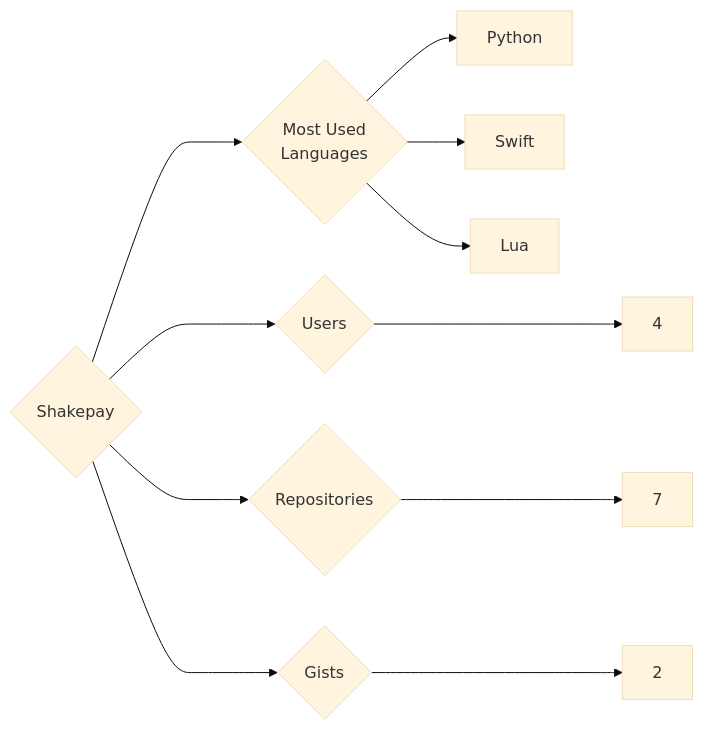
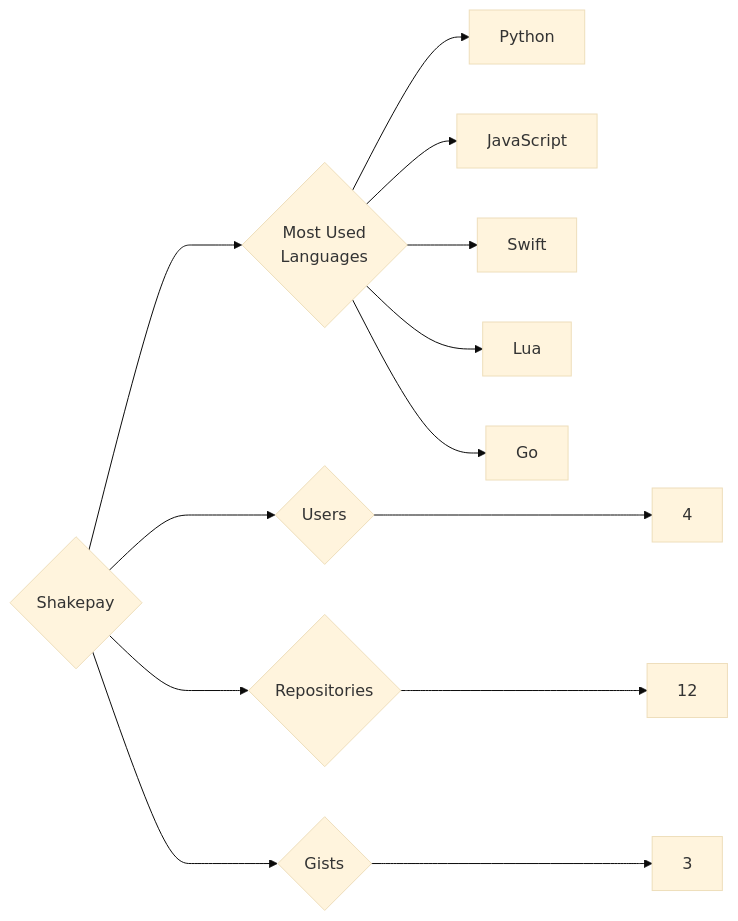
One commit to trickest/insiders changed the diagram in targets/Shakepay/README.md. Above: the diagram before and after it, drawn with Mermaid (base theme). The commit also changed 534 other files, not shown here.

````diff
--- a/targets/Shakepay/README.md
+++ b/targets/Shakepay/README.md
@@ -3,11 +3,13 @@
 ```mermaid
 graph LR
 COMPANY_NAME{Shakepay}
 COMPANY_NAME ---> U{Users} ---> UN[4]
-COMPANY_NAME ---> R{Repositories} ---> RN[7]
-COMPANY_NAME ---> G{Gists} ---> GN[2]
+COMPANY_NAME ---> R{Repositories} ---> RN[12]
+COMPANY_NAME ---> G{Gists} ---> GN[3]
 COMPANY_NAME ---> ML{Most Used<br>Languages}
 ML --> Python[Python]
+ML --> JavaScript[JavaScript]
 ML --> Swift[Swift]
 ML --> Lua[Lua]
+ML --> Go[Go]
 ```
````
